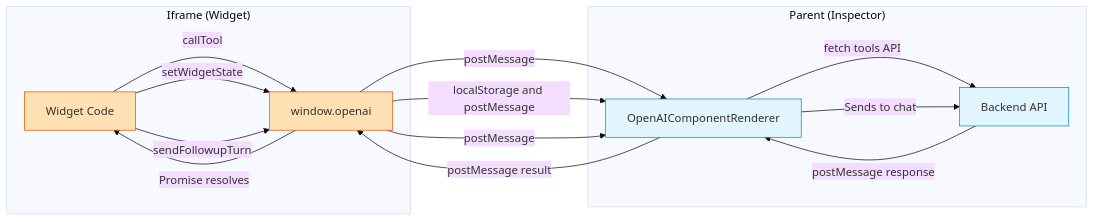
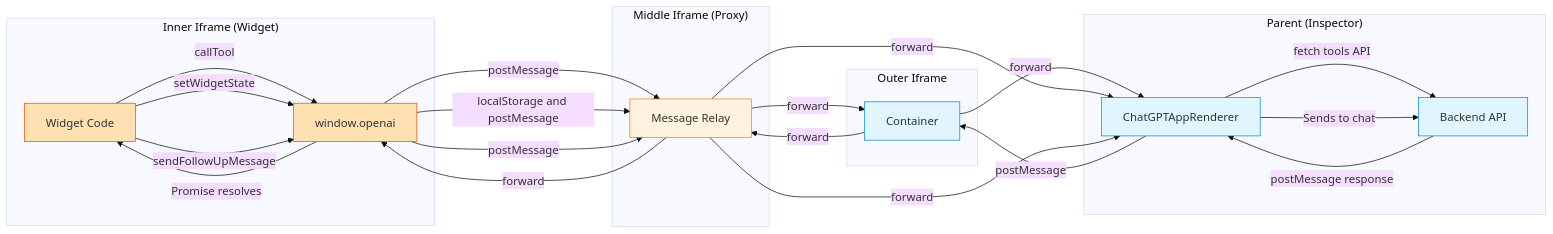
One commit to MCPJam/inspector changed the fourth of 6 diagrams in docs/contributing/openai-sdk-architecture.mdx. Above: the diagram before and after it, drawn with Mermaid (base theme). The commit also changed other lines of this file, not shown here.

````diff
--- a/docs/contributing/openai-sdk-architecture.mdx
+++ b/docs/contributing/openai-sdk-architecture.mdx
@@ -403,32 +403,48 @@
 ```mermaid
 graph LR
-    subgraph IframeWidget["Iframe (Widget)"]
+    subgraph InnerIframe["Inner Iframe (Widget)"]
         Widget[Widget Code]
         API[window.openai]
     end
 
+    subgraph MiddleIframe["Middle Iframe (Proxy)"]
+        Relay[Message Relay]
+    end
+
+    subgraph OuterIframe["Outer Iframe"]
+        Container[Container]
+    end
+
     subgraph ParentInspector["Parent (Inspector)"]
-        Renderer[OpenAIComponentRenderer]
+        Renderer[ChatGPTAppRenderer]
         Backend[Backend API]
     end
 
     Widget -->|callTool| API
-    API -->|postMessage| Renderer
+    API -->|postMessage| Relay
+    Relay -->|forward| Container
+    Container -->|forward| Renderer
     Renderer -->|fetch tools API| Backend
     Backend -->|postMessage response| Renderer
-    Renderer -->|postMessage result| API
+    Renderer -->|postMessage| Container
+    Container -->|forward| Relay
+    Relay -->|forward| API
     API -->|Promise resolves| Widget
 
     Widget -->|setWidgetState| API
-    API -->|localStorage and postMessage| Renderer
+    API -->|localStorage and postMessage| Relay
+    Relay -->|forward| Renderer
 
-    Widget -->|sendFollowupTurn| API
-    API -->|postMessage| Renderer
+    Widget -->|sendFollowUpMessage| API
+    API -->|postMessage| Relay
+    Relay -->|forward| Renderer
     Renderer -->|Sends to chat| Backend
 
     classDef iframe fill:#ffe0b2,stroke:#e65100
+    classDef proxy fill:#fff3e0,stroke:#f57c00
     classDef parent fill:#e1f5ff,stroke:#0288d1
 
     class Widget,API iframe
-    class Renderer,Backend parent
+    class Relay proxy
+    class Container,Renderer,Backend parent
 ```
````
